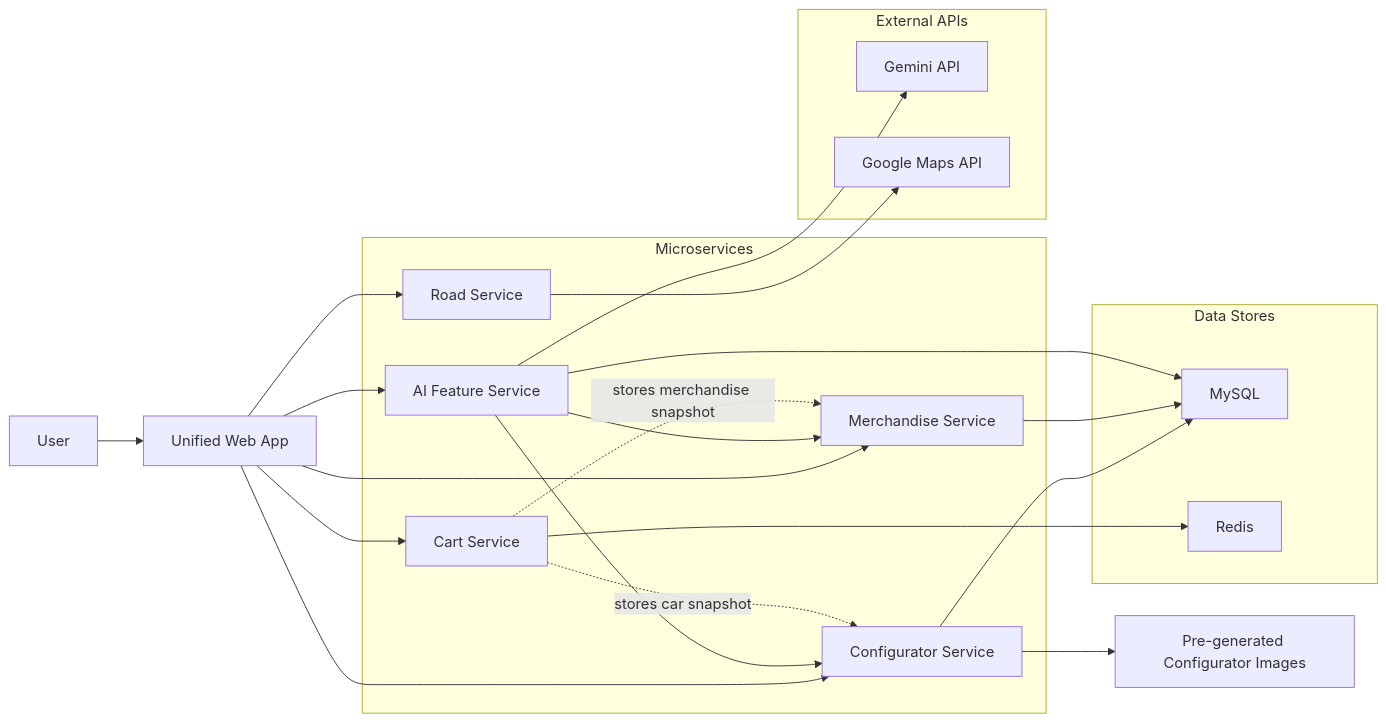
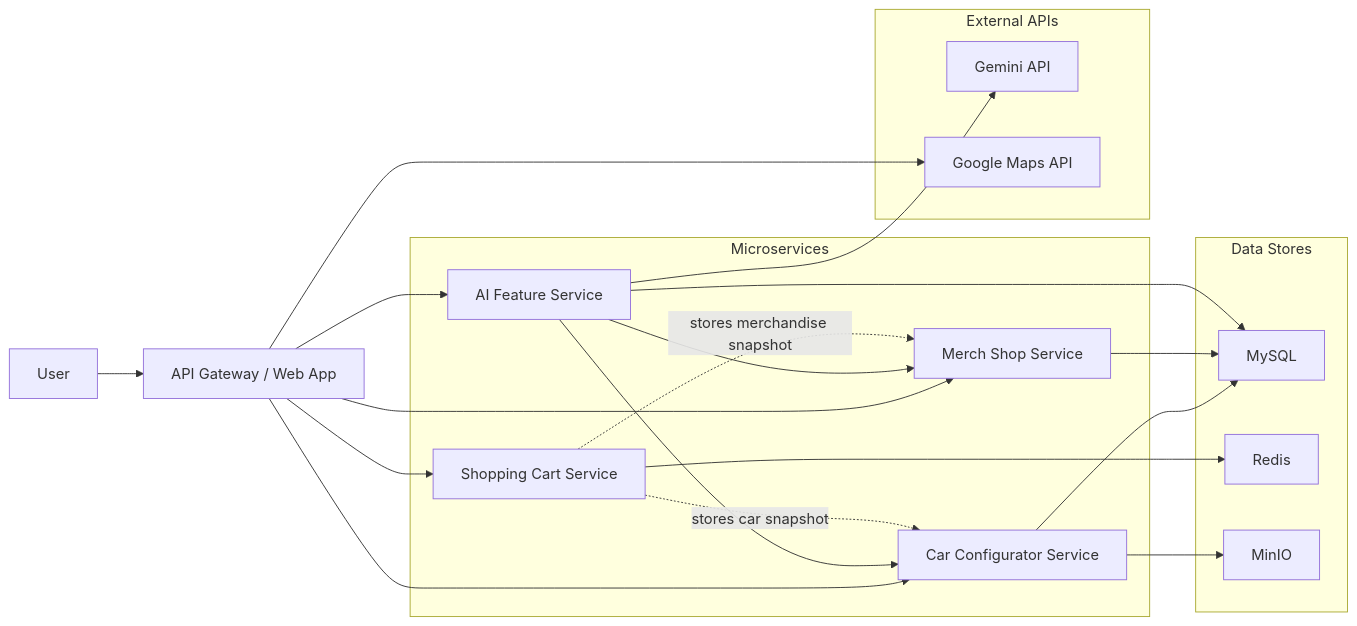
Before and after one commit to CloudBasedWebApplication/bmw: the diagram in docs/diagrams/architecture.mmd, drawn with Mermaid. The commit also changed 3 other files, not shown here.

Commit message:
docs: align architecture docs with current structure

```diff
--- a/docs/diagrams/architecture.mmd
+++ b/docs/diagrams/architecture.mmd
@@ -1,48 +1,44 @@
 flowchart LR
     user["User"]
-    web["Unified Web App"]
+    gateway["API Gateway / Web App"]
 
     subgraph backend["Microservices"]
-        configurator["Configurator Service"]
-        merchandise["Merchandise Service"]
-        road["Road Service"]
+        configurator["Car Configurator Service"]
+        merchandise["Merch Shop Service"]
         ai["AI Feature Service"]
-        cart["Cart Service"]
+        cart["Shopping Cart Service"]
     end
 
     subgraph data["Data Stores"]
         mysql["MySQL"]
         redis["Redis"]
+        minio["MinIO"]
     end
 
     subgraph external["External APIs"]
         gemini["Gemini API"]
         googlemaps["Google Maps API"]
     end
 
-    assets["Pre-generated Configurator Images"]
+    user --> gateway
 
-    user --> web
-
-    web --> configurator
-    web --> merchandise
-    web --> road
-    web --> ai
-    web --> cart
+    gateway --> configurator
+    gateway --> merchandise
+    gateway --> ai
+    gateway --> cart
+    gateway --> googlemaps
 
     configurator --> mysql
-    configurator --> assets
+    configurator --> minio
 
     merchandise --> mysql
-
-    road --> googlemaps
 
     ai --> gemini
     ai --> configurator
     ai --> mysql
     ai --> merchandise
 
     cart --> redis
 
     cart -. "stores car snapshot" .-> configurator
     cart -. "stores merchandise snapshot" .-> merchandise
```
